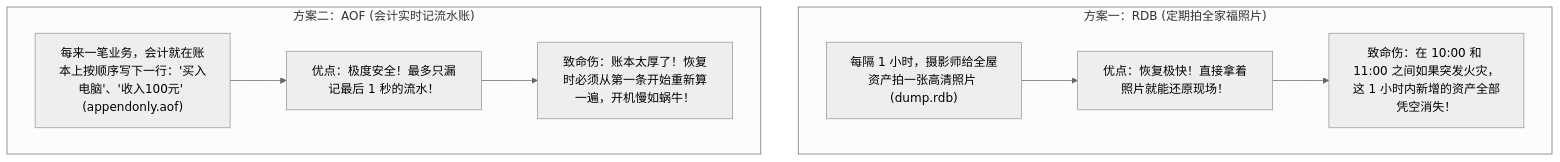
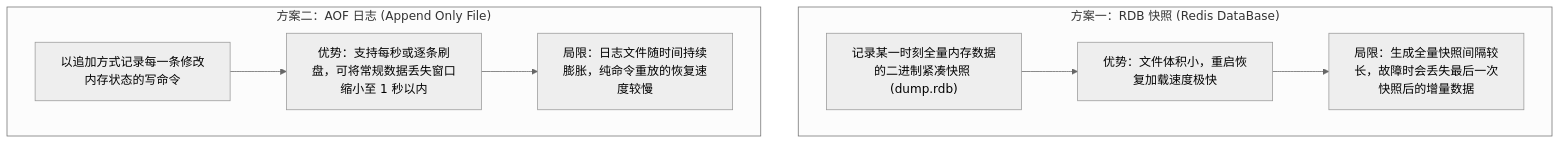
Before and after one commit to GuoWWWX/knowledge-base: the first of 5 diagrams in 20-Java后端/05-数据库与存储/06-Redis持久化-RDB-AOF.md, drawn with Mermaid (neutral theme). The commit also changed other lines of this file and 251 other files, not shown here.

````diff
--- a/20-Java后端/05-数据库与存储/06-Redis持久化-RDB-AOF.md
+++ b/20-Java后端/05-数据库与存储/06-Redis持久化-RDB-AOF.md
@@ -24,12 +30,12 @@
 ```mermaid
 flowchart TD
-    subgraph S1["方案一：RDB (定期拍全家福照片)"]
-        A1["每隔 1 小时，摄影师给全屋资产拍一张高清照片 (dump.rdb)"] --> A2["优点：恢复极快！直接拿着照片就能还原现场！"]
-        A2 --> A3["致命伤：在 10:00 和 11:00 之间如果突发火灾，这 1 小时内新增的资产全部凭空消失！"]
+    subgraph S1["方案一：RDB 快照 (Redis DataBase)"]
+        A1["记录某一时刻全量内存数据的二进制紧凑快照 (dump.rdb)"] --> A2["优势：文件体积小，重启恢复加载速度极快"]
+        A2 --> A3["局限：生成全量快照间隔较长，故障时会丢失最后一次快照后的增量数据"]
     end
 
-    subgraph S2["方案二：AOF (会计实时记流水账)"]
-        B1["每来一笔业务，会计就在账本上按顺序写下一行：'买入电脑'、'收入100元' (appendonly.aof)"] --> B2["优点：极度安全！最多只漏记最后 1 秒的流水！"]
-        B2 --> B3["致命伤：账本太厚了！恢复时必须从第一条开始重新算一遍，开机慢如蜗牛！"]
+    subgraph S2["方案二：AOF 日志 (Append Only File)"]
+        B1["以追加方式记录每一条修改内存状态的写命令"] --> B2["优势：支持每秒或逐条刷盘，可将常规数据丢失窗口缩小至 1 秒以内"]
+        B2 --> B3["局限：日志文件随时间持续膨胀，纯命令重放的恢复速度较慢"]
     end
 ```
````
